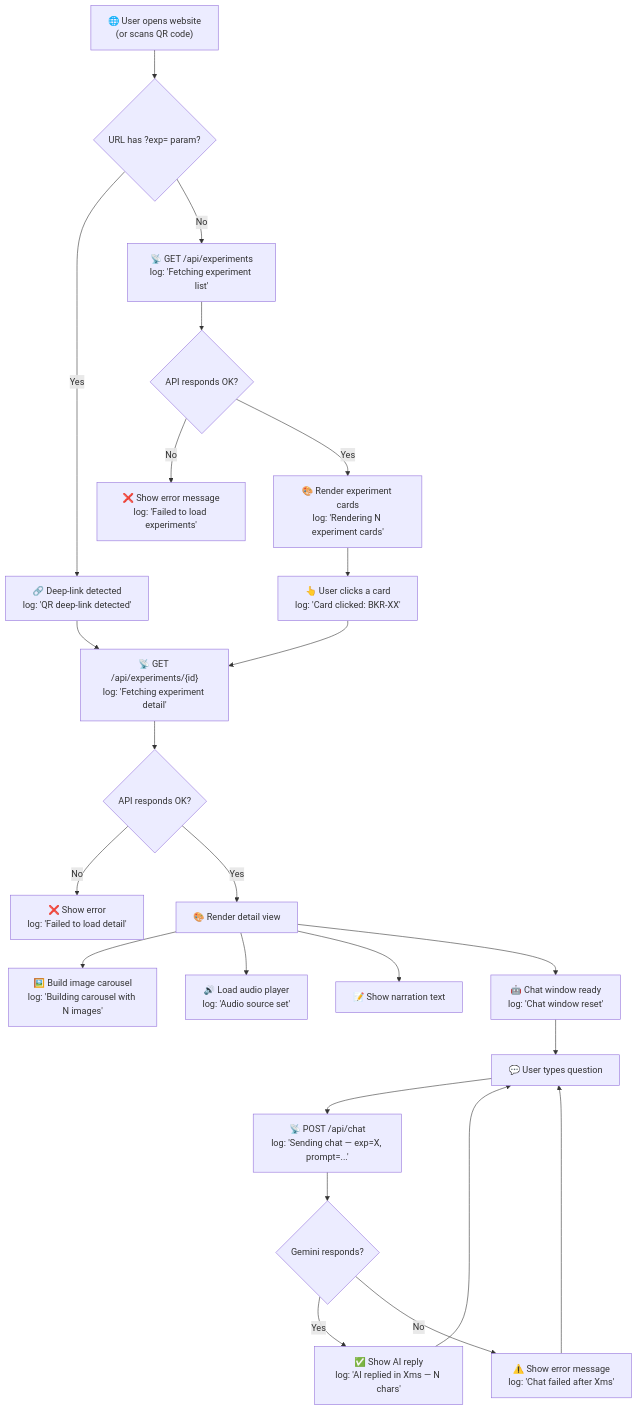
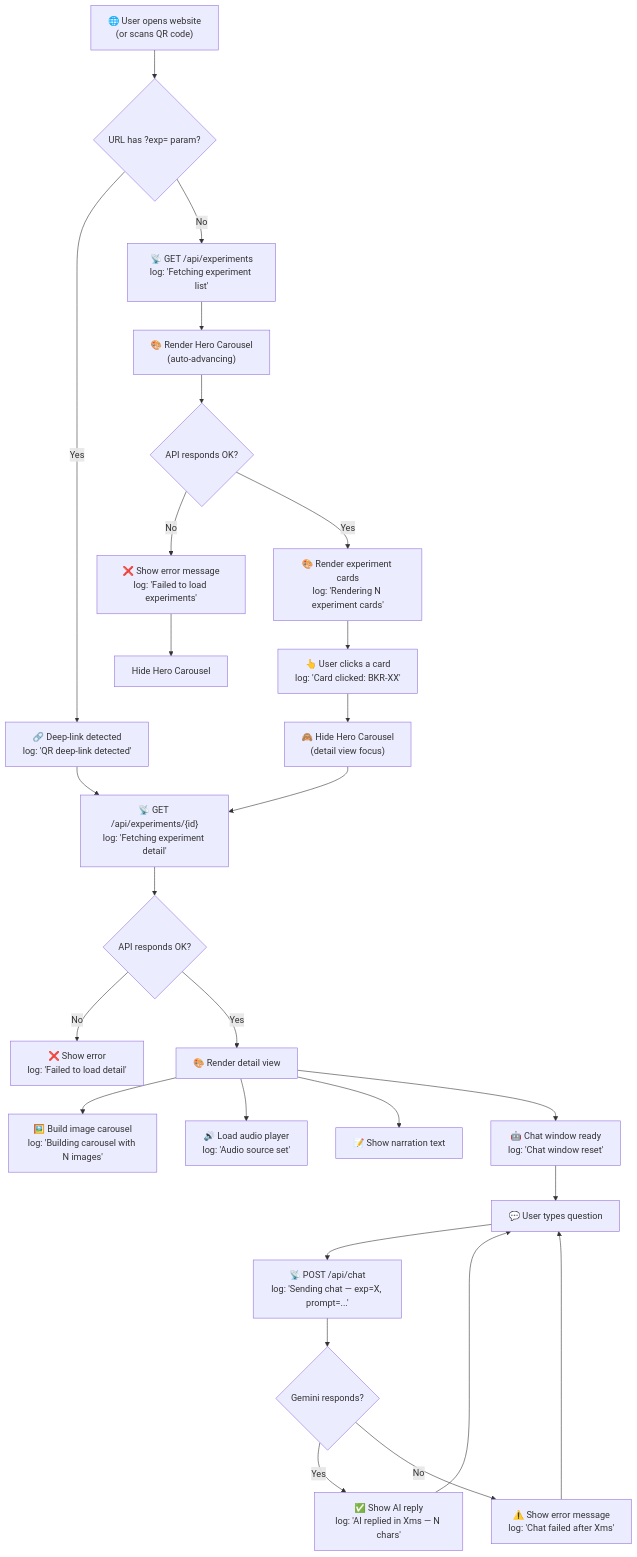
One commit to Girono-Joestar/POC_LAB_New_Test changed the second of 6 diagrams in WORKFLOW_GUIDE.md. Above: the diagram before and after it, drawn with Mermaid. The commit also changed other lines of this file and 7 other files, not shown here.

````diff
--- a/WORKFLOW_GUIDE.md
+++ b/WORKFLOW_GUIDE.md
@@ -47,31 +47,34 @@
 ```mermaid
 flowchart TD
     A["🌐 User opens website<br/>(or scans QR code)"] --> B{"URL has ?exp= param?"}
 
     B -- Yes --> C["🔗 Deep-link detected<br/>log: 'QR deep-link detected'"]
     C --> D["📡 GET /api/experiments/{id}<br/>log: 'Fetching experiment detail'"]
 
     B -- No --> E["📡 GET /api/experiments<br/>log: 'Fetching experiment list'"]
-    E --> F{"API responds OK?"}
+    E --> EE["🎨 Render Hero Carousel<br/>(auto-advancing)"]
+    EE --> F{"API responds OK?"}
     F -- No --> G["❌ Show error message<br/>log: 'Failed to load experiments'"]
+    G --> G1["Hide Hero Carousel"]
     F -- Yes --> H["🎨 Render experiment cards<br/>log: 'Rendering N experiment cards'"]
     H --> I["👆 User clicks a card<br/>log: 'Card clicked: BKR-XX'"]
-    I --> D
+    I --> II["🙈 Hide Hero Carousel<br/>(detail view focus)"]
+    II --> D
 
     D --> J{"API responds OK?"}
     J -- No --> K["❌ Show error<br/>log: 'Failed to load detail'"]
     J -- Yes --> L["🎨 Render detail view"]
 
     L --> L1["🖼️ Build image carousel<br/>log: 'Building carousel with N images'"]
     L --> L2["🔊 Load audio player<br/>log: 'Audio source set'"]
     L --> L3["📝 Show narration text"]
     L --> L4["🤖 Chat window ready<br/>log: 'Chat window reset'"]
 
     L4 --> M["💬 User types question"]
     M --> N["📡 POST /api/chat<br/>log: 'Sending chat — exp=X, prompt=...'"]
     N --> O{"Gemini responds?"}
     O -- Yes --> P["✅ Show AI reply<br/>log: 'AI replied in Xms — N chars'"]
     O -- No --> Q["⚠️ Show error message<br/>log: 'Chat failed after Xms'"]
     P --> M
     Q --> M
 ```
````
